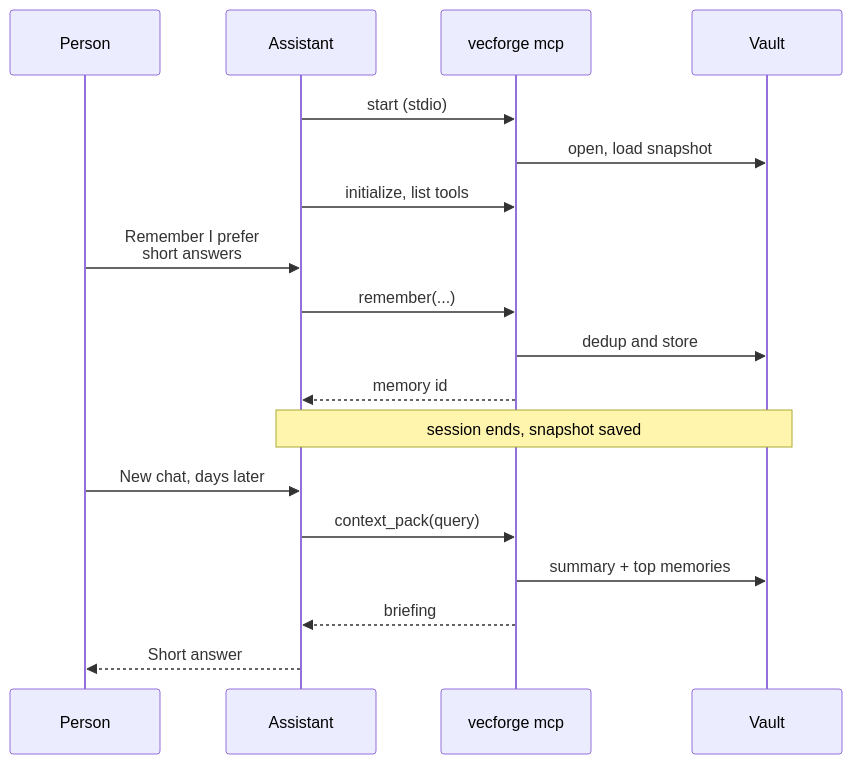
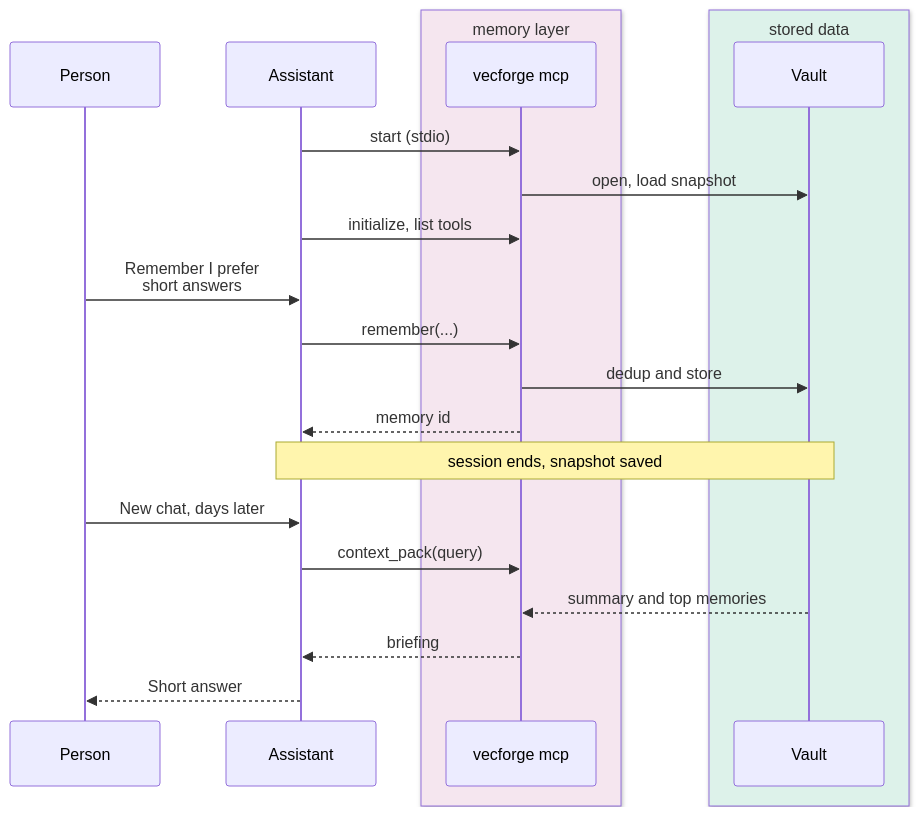
Before and after one commit to bosekarmegam/vecforge: the diagram in paper/figures/src/fig-mcp-sequence.mmd, drawn with Mermaid. The commit also changed 48 other files, not shown here.

```diff
--- a/paper/figures/src/fig-mcp-sequence.mmd
+++ b/paper/figures/src/fig-mcp-sequence.mmd
@@ -1,18 +1,22 @@
 sequenceDiagram
     participant U as Person
     participant C as Assistant
-    participant M as vecforge mcp
-    participant V as Vault
+    box rgb(245,230,239) memory layer
+        participant M as vecforge mcp
+    end
+    box rgb(221,242,234) stored data
+        participant V as Vault
+    end
     C->>M: start (stdio)
     M->>V: open, load snapshot
     C->>M: initialize, list tools
     U->>C: Remember I prefer<br/>short answers
     C->>M: remember(...)
     M->>V: dedup and store
     M-->>C: memory id
     Note over C,V: session ends, snapshot saved
     U->>C: New chat, days later
     C->>M: context_pack(query)
-    M->>V: summary + top memories
+    V-->>M: summary and top memories
     M-->>C: briefing
     C-->>U: Short answer
```
